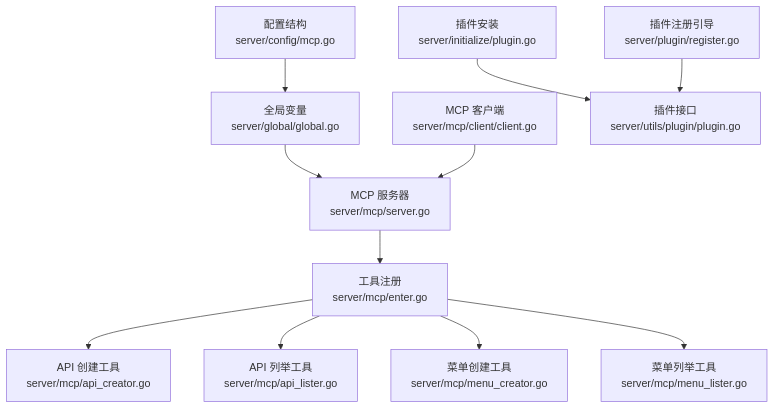
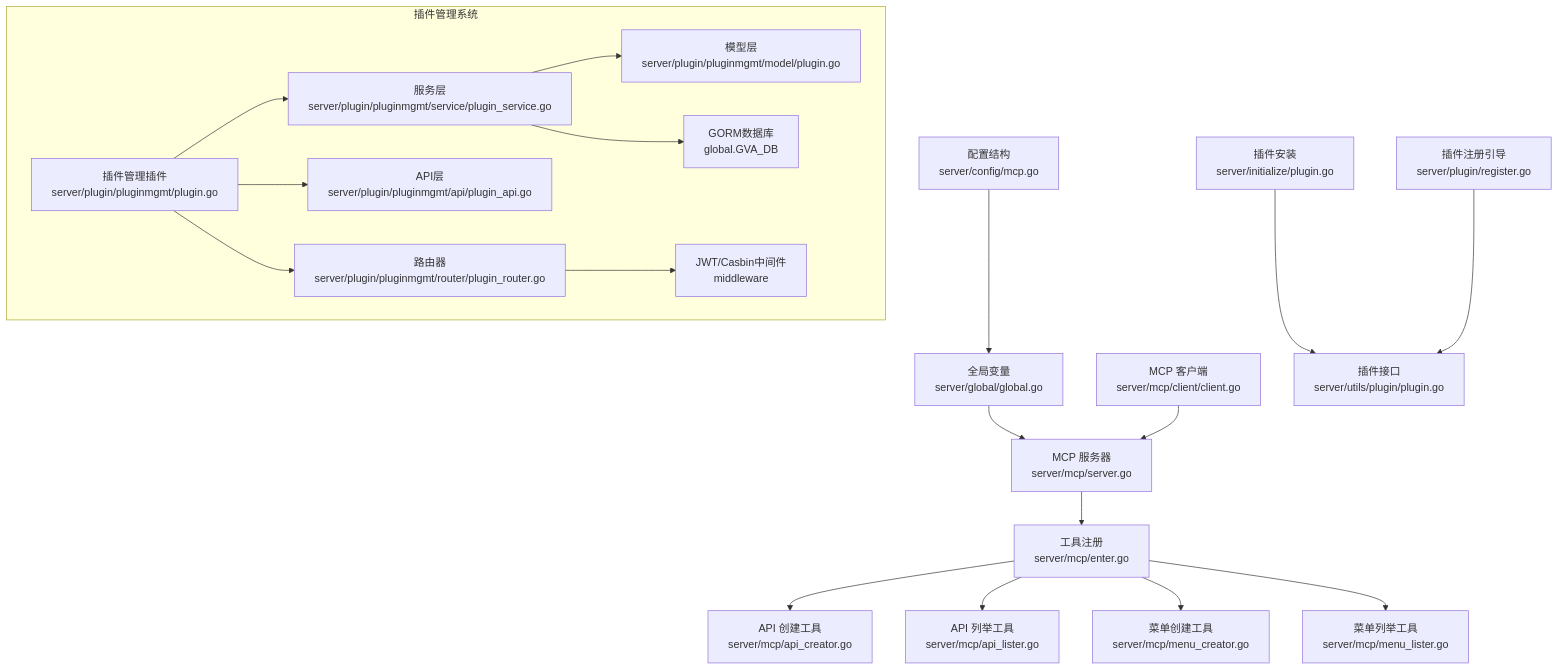
Diagram 11 of 11 in .qoder/repowiki/zh/content/插件系统架构/插件系统架构.md (Xiaomajohn/gin-vue-admin-myself), drawn with Mermaid before and after one commit. The commit also changed other lines of this file and 5 other files, not shown here.

````diff
--- a/.qoder/repowiki/zh/content/插件系统架构/插件系统架构.md
+++ b/.qoder/repowiki/zh/content/插件系统架构/插件系统架构.md
@@ -297,13 +430,21 @@
 ```mermaid
 graph TB
 CFG["配置结构<br/>server/config/mcp.go"] --> GLB["全局变量<br/>server/global/global.go"]
 GLB --> SRV["MCP 服务器<br/>server/mcp/server.go"]
 SRV --> ENT["工具注册<br/>server/mcp/enter.go"]
 ENT --> API_C["API 创建工具<br/>server/mcp/api_creator.go"]
 ENT --> API_L["API 列举工具<br/>server/mcp/api_lister.go"]
 ENT --> MENU_C["菜单创建工具<br/>server/mcp/menu_creator.go"]
 ENT --> MENU_L["菜单列举工具<br/>server/mcp/menu_lister.go"]
 CLI["MCP 客户端<br/>server/mcp/client/client.go"] --> SRV
 PLUG_INIT["插件安装<br/>server/initialize/plugin.go"] --> PLUG_IF["插件接口<br/>server/utils/plugin/plugin.go"]
 PLUG_REG["插件注册引导<br/>server/plugin/register.go"] --> PLUG_IF
+subgraph "插件管理系统"
+PM_PLUGIN["插件管理插件<br/>server/plugin/pluginmgmt/plugin.go"] --> PM_SERVICE["服务层<br/>server/plugin/pluginmgmt/service/plugin_service.go"]
+PM_SERVICE --> PM_MODEL["模型层<br/>server/plugin/pluginmgmt/model/plugin.go"]
+PM_SERVICE --> DB["GORM数据库<br/>global.GVA_DB"]
+PM_PLUGIN --> PM_API["API层<br/>server/plugin/pluginmgmt/api/plugin_api.go"]
+PM_PLUGIN --> PM_ROUTER["路由器<br/>server/plugin/pluginmgmt/router/plugin_router.go"]
+PM_ROUTER --> MW["JWT/Casbin中间件<br/>middleware"]
+end
 ```
````
